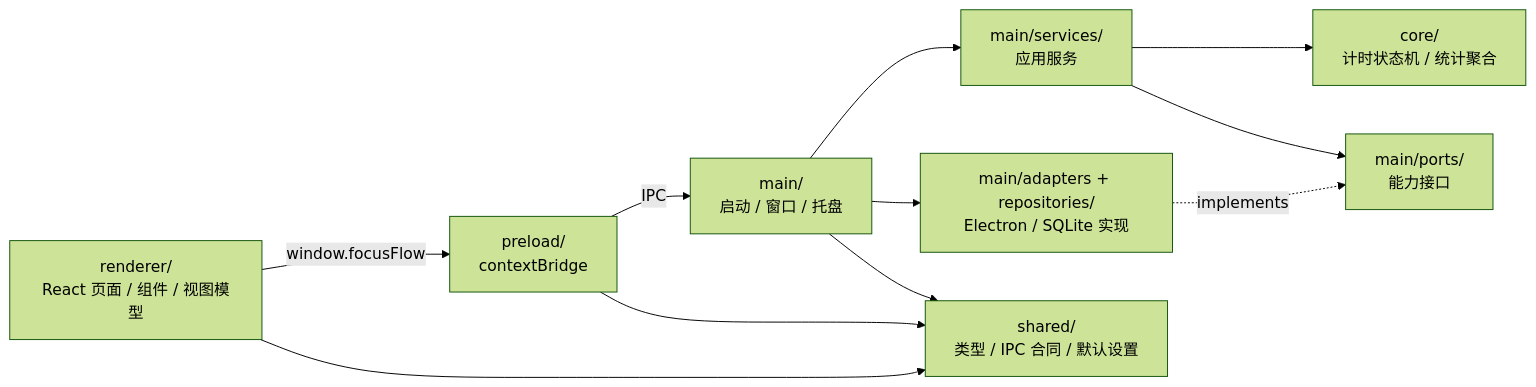
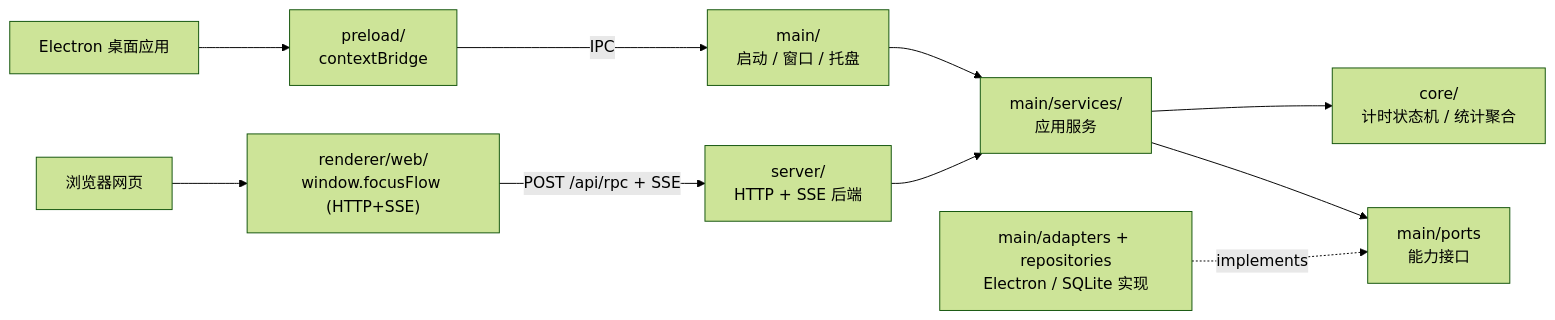
The diagram in README.md (gis2all/focus-flow), drawn with Mermaid (forest theme) before and after one commit. The commit also changed other lines of this file and 1 other file, not shown here.

First line of the commit message:
docs: refresh CLAUDE.md and README for web mode

````diff
--- a/README.md
+++ b/README.md
@@ -82,13 +63,12 @@
 ```mermaid
 flowchart LR
-  Renderer["renderer/<br/>React 页面 / 组件 / 视图模型"] -->|window.focusFlow| Preload["preload/<br/>contextBridge"]
+  Desktop["Electron 桌面应用"] --> Preload["preload/<br/>contextBridge"]
   Preload -->|IPC| Main["main/<br/>启动 / 窗口 / 托盘"]
+  Web["浏览器网页"] --> WebApi["renderer/web/<br/>window.focusFlow (HTTP+SSE)"]
+  WebApi -->|POST /api/rpc + SSE| Server["server/<br/>HTTP + SSE 后端"]
   Main --> Services["main/services/<br/>应用服务"]
+  Server --> Services
   Services --> Core["core/<br/>计时状态机 / 统计聚合"]
-  Services --> Ports["main/ports/<br/>能力接口"]
-  Adapters["main/adapters + repositories/<br/>Electron / SQLite 实现"] -. implements .-> Ports
-  Main --> Adapters
-  Renderer --> Shared["shared/<br/>类型 / IPC 合同 / 默认设置"]
-  Preload --> Shared
-  Main --> Shared
+  Services --> Ports["main/ports<br/>能力接口"]
+  Adapters["main/adapters + repositories<br/>Electron / SQLite 实现"] -. implements .-> Ports
 ```
````
